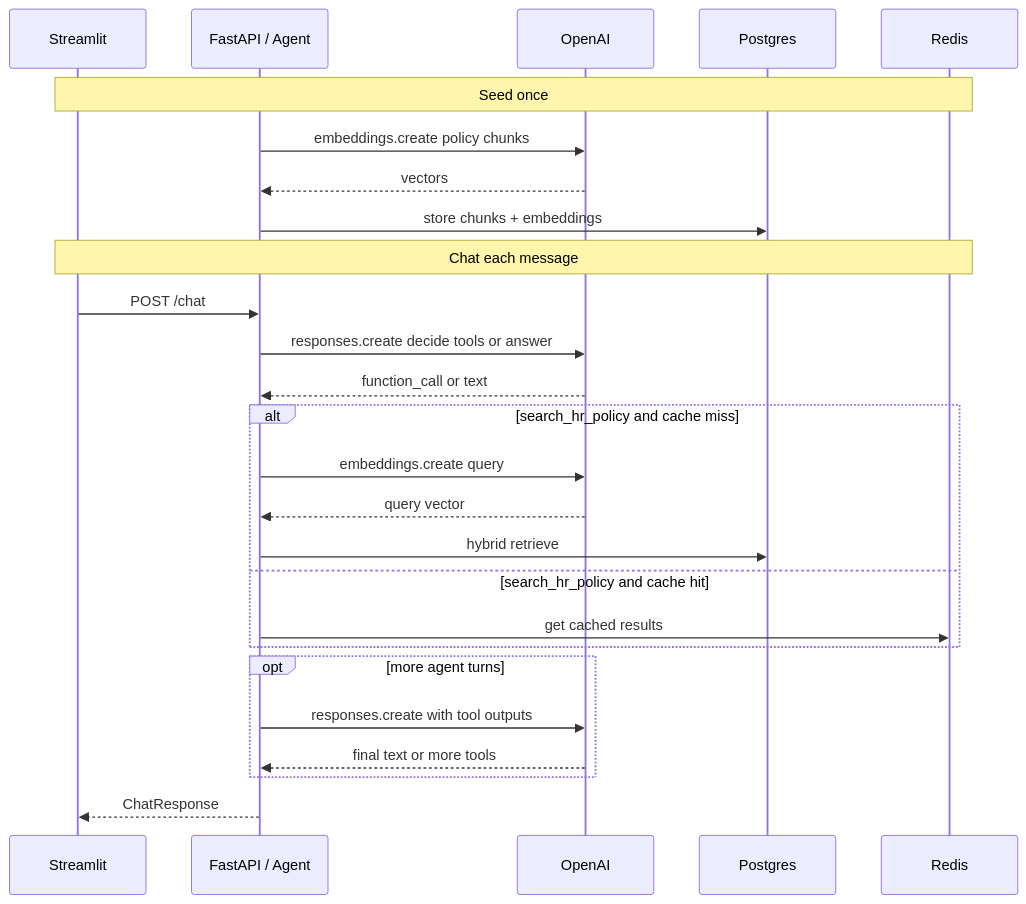
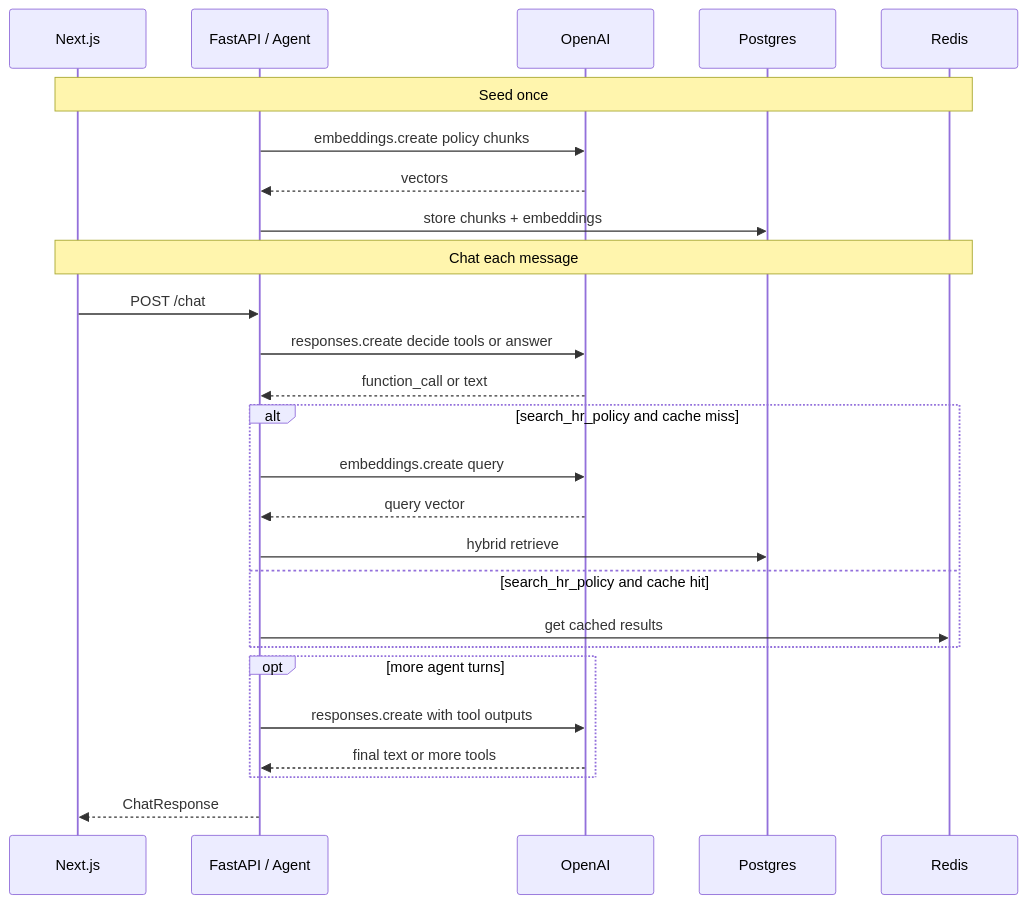
The sixth of 6 diagrams in docs/project-guide.md (haniialfiyyaah/hr-assistant), drawn with Mermaid before and after one commit. The commit also changed other lines of this file and 14 other files, not shown here.

First line of the commit message:
Remove Streamlit and Render now that Next.js and Vercel own the UI path.

````diff
--- a/docs/project-guide.md
+++ b/docs/project-guide.md
@@ -160,33 +160,33 @@
 ```mermaid
 sequenceDiagram
-  participant UI as Streamlit
+  participant UI as Next.js
   participant API as FastAPI / Agent
   participant OAI as OpenAI
   participant PG as Postgres
   participant Redis as Redis
 
   Note over UI,Redis: Seed once
   API->>OAI: embeddings.create policy chunks
   OAI-->>API: vectors
   API->>PG: store chunks + embeddings
 
   Note over UI,Redis: Chat each message
   UI->>API: POST /chat
   API->>OAI: responses.create decide tools or answer
   OAI-->>API: function_call or text
 
   alt search_hr_policy and cache miss
     API->>OAI: embeddings.create query
     OAI-->>API: query vector
     API->>PG: hybrid retrieve
   else search_hr_policy and cache hit
     API->>Redis: get cached results
   end
 
   opt more agent turns
     API->>OAI: responses.create with tool outputs
     OAI-->>API: final text or more tools
   end
 
   API-->>UI: ChatResponse
 ```
````
